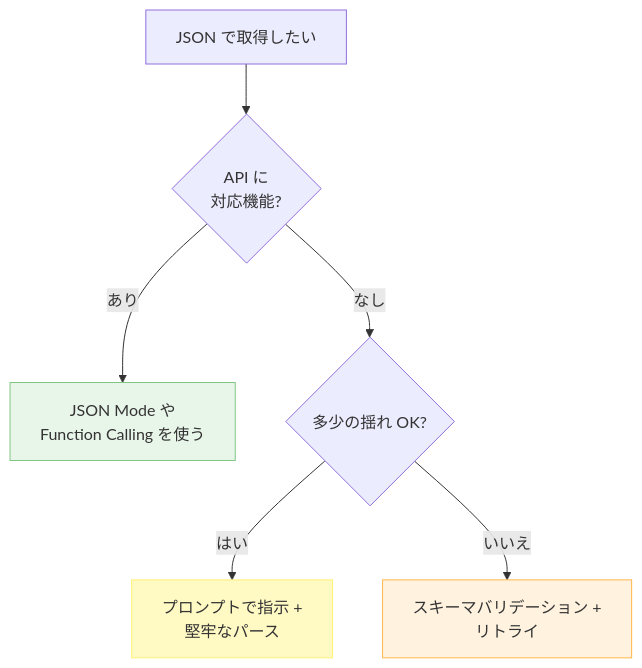
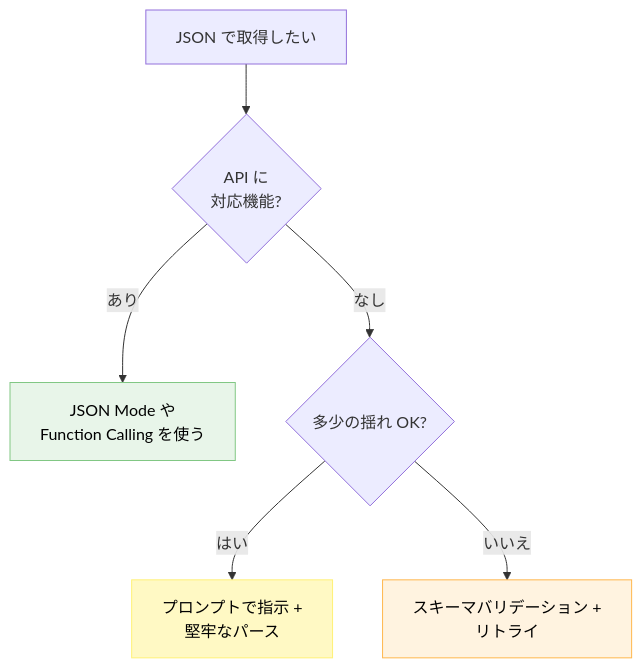
The first of 2 diagrams in docs/techniques/llm-から構造化-json-を確実に取り出す.md (dinekt/dinekt-wiki), drawn with Mermaid before and after one commit. The commit also changed other lines of this file and 71 other files, not shown here.

First line of the commit message:
fix: mermaid readability + remove GitHub repo toolbar

````diff
--- a/docs/techniques/llm-から構造化-json-を確実に取り出す.md
+++ b/docs/techniques/llm-から構造化-json-を確実に取り出す.md
@@ -23,12 +23,12 @@
 ```mermaid
 flowchart TD
     Q[JSON で取得したい] --> A{API に<br/>対応機能?}
     A -->|あり| B[JSON Mode や<br/>Function Calling を使う]
     A -->|なし| C{多少の揺れ OK?}
     C -->|はい| D[プロンプトで指示 +<br/>堅牢なパース]
     C -->|いいえ| E[スキーマバリデーション +<br/>リトライ]
 
-    style B fill:#e8f5e9,stroke:#81c784
-    style D fill:#fff9c4,stroke:#fff176
-    style E fill:#fff3e0,stroke:#ffb74d
+    style B fill:#e8f5e9,stroke:#81c784,color:#000
+    style D fill:#fff9c4,stroke:#fff176,color:#000
+    style E fill:#fff3e0,stroke:#ffb74d,color:#000
 ```
````
